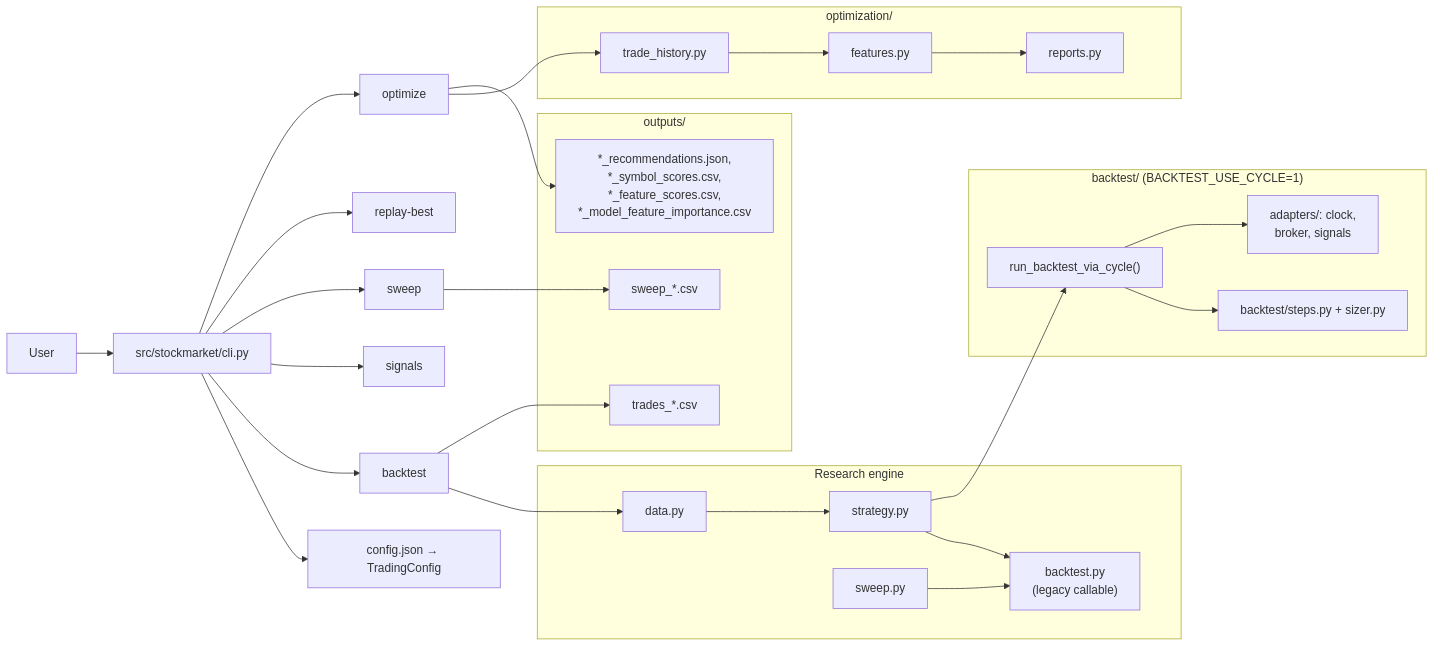
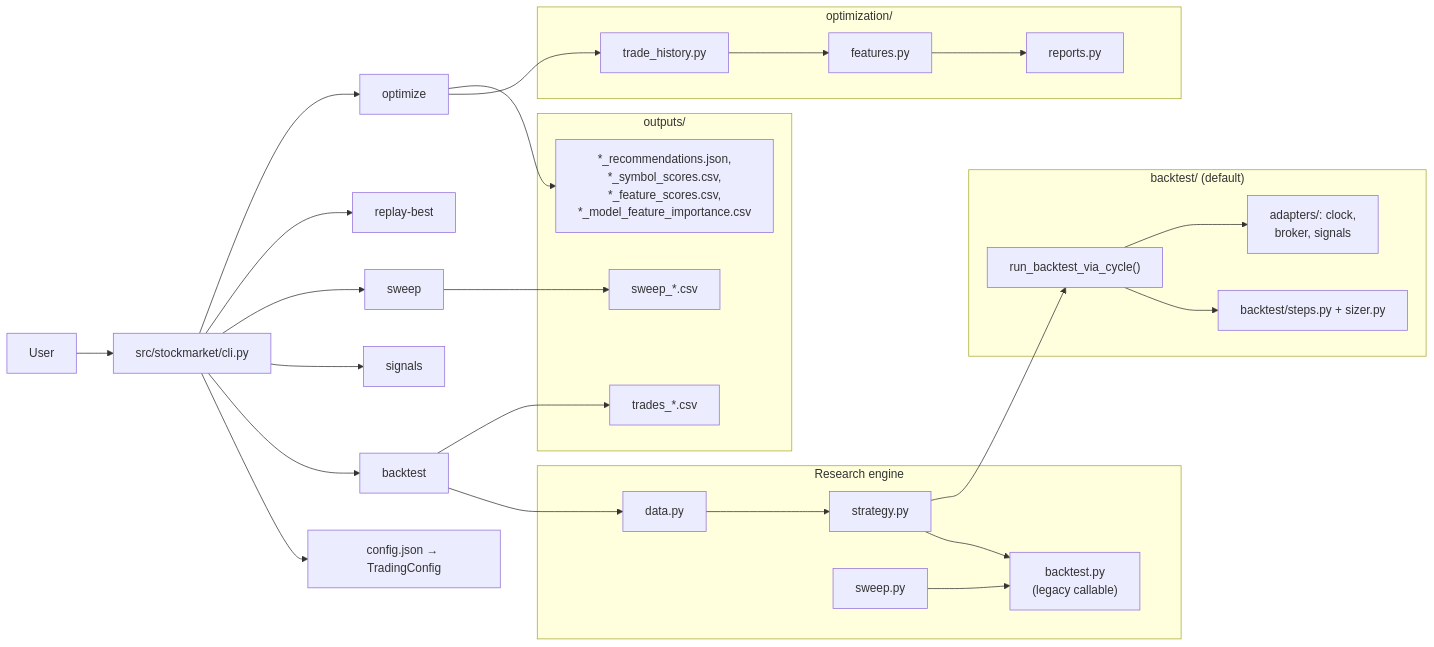
Before and after one commit to KatkarPankaj/Trading-strategy: the sixth of 8 diagrams in CODEBASE_DATAFLOW.md, drawn with Mermaid. The commit also changed other lines of this file and 74 other files, not shown here.

````diff
--- a/CODEBASE_DATAFLOW.md
+++ b/CODEBASE_DATAFLOW.md
@@ -215,52 +200,52 @@
 ```mermaid
 flowchart LR
   User["User"] --> Cli["src/stockmarket/cli.py"]
   Cli --> Config["config.json → TradingConfig"]
 
   Cli --> BacktestCmd["backtest"]
   Cli --> SignalsCmd["signals"]
   Cli --> SweepCmd["sweep"]
   Cli --> ReplayCmd["replay-best"]
   Cli --> OptimizeCmd["optimize"]
 
   subgraph Engine["Research engine"]
     Data["data.py"]
     Strategy["strategy.py"]
     LegacyBacktest["backtest.py\n(legacy callable)"]
     Sweep["sweep.py"]
   end
 
-  subgraph CycleBacktest["backtest/ (BACKTEST_USE_CYCLE=1)"]
+  subgraph CycleBacktest["backtest/ (default)"]
     BTRun["run_backtest_via_cycle()"]
     BTAdapters["adapters/: clock,\nbroker, signals"]
     BTSteps["backtest/steps.py + sizer.py"]
   end
 
   subgraph Optim["optimization/"]
     Trades["trade_history.py"]
     Features["features.py"]
     Reports["reports.py"]
   end
 
   BacktestCmd --> Data
   Data --> Strategy
   Strategy --> LegacyBacktest
   Strategy --> BTRun
   BTRun --> BTSteps
   BTRun --> BTAdapters
   Sweep --> LegacyBacktest
 
   OptimizeCmd --> Trades
   Trades --> Features
   Features --> Reports
 
   subgraph Outputs["outputs/"]
     Trades2["trades_*.csv"]
     Sweeps["sweep_*.csv"]
     OptReports["*_recommendations.json,\n*_symbol_scores.csv,\n*_feature_scores.csv,\n*_model_feature_importance.csv"]
   end
 
   BacktestCmd --> Trades2
   SweepCmd --> Sweeps
   OptimizeCmd --> OptReports
 ```
````
